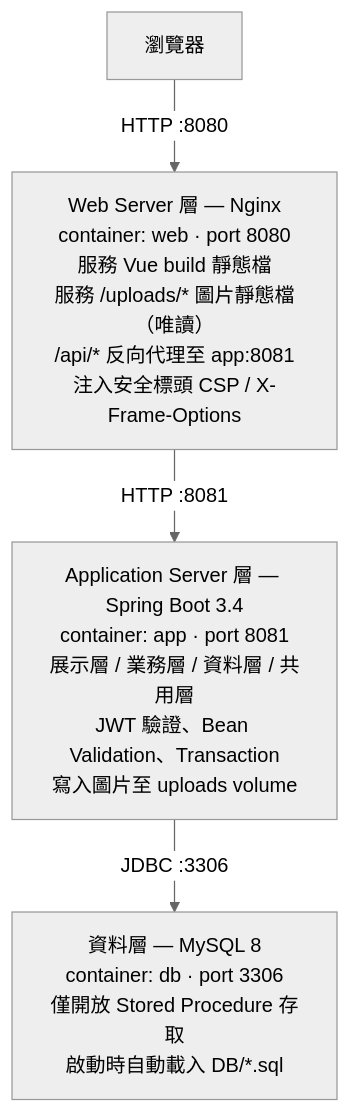
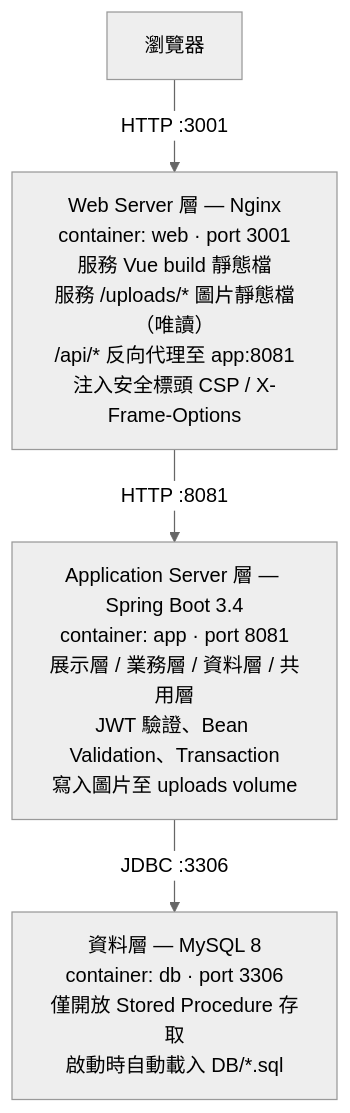
One commit to Rue1216/message-me changed the first of 2 diagrams in docs/design.md. Above: the diagram before and after it, drawn with Mermaid (neutral theme). The commit also changed other lines of this file and 5 other files, not shown here.

First line of the commit message:
docs: complete README, harden nginx headers and fix the web port at 3001

````diff
--- a/docs/design.md
+++ b/docs/design.md
@@ -55,11 +55,11 @@
 ```mermaid
 flowchart TD
     B["瀏覽器"]
-    W["Web Server 層 — Nginx<br/>container: web · port 8080<br/>服務 Vue build 靜態檔<br/>服務 /uploads/* 圖片靜態檔（唯讀）<br/>/api/* 反向代理至 app:8081<br/>注入安全標頭 CSP / X-Frame-Options"]
+    W["Web Server 層 — Nginx<br/>container: web · port 3001<br/>服務 Vue build 靜態檔<br/>服務 /uploads/* 圖片靜態檔（唯讀）<br/>/api/* 反向代理至 app:8081<br/>注入安全標頭 CSP / X-Frame-Options"]
     A["Application Server 層 — Spring Boot 3.4<br/>container: app · port 8081<br/>展示層 / 業務層 / 資料層 / 共用層<br/>JWT 驗證、Bean Validation、Transaction<br/>寫入圖片至 uploads volume"]
     D["資料層 — MySQL 8<br/>container: db · port 3306<br/>僅開放 Stored Procedure 存取<br/>啟動時自動載入 DB/*.sql"]
 
-    B -->|"HTTP :8080"| W
+    B -->|"HTTP :3001"| W
     W -->|"HTTP :8081"| A
     A -->|"JDBC :3306"| D
 ```
````
